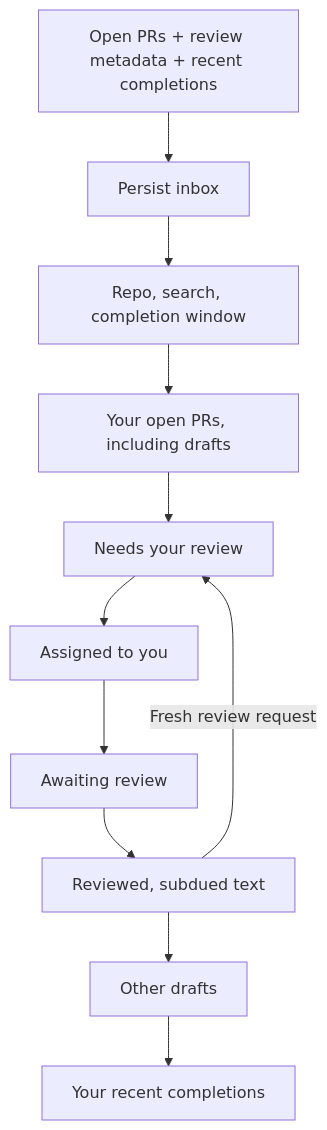
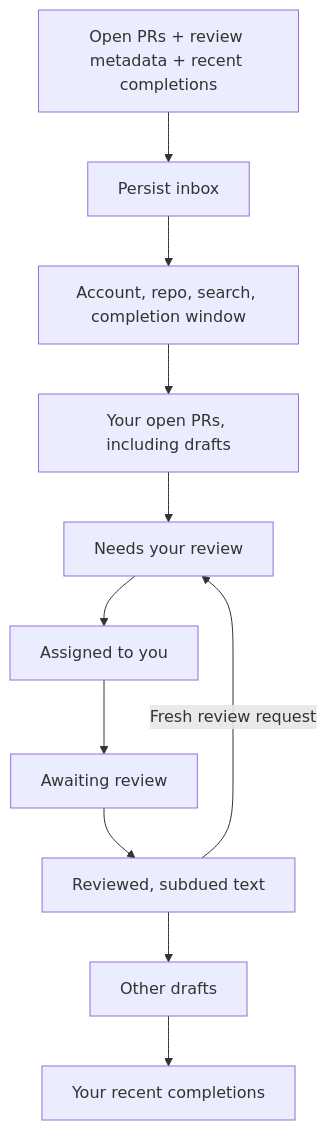
One commit to crs48/diffcity changed the fourth of 5 diagrams in docs/implementation.md. Above: the diagram before and after it, drawn with Mermaid. The commit also changed other lines of this file, not shown here.

First line of the commit message:
docs: record compact account navigation and native verification

````diff
--- a/docs/implementation.md
+++ b/docs/implementation.md
@@ -131,13 +131,13 @@
 ```mermaid
 flowchart TD
   GitHub[Open PRs + review metadata + recent completions] --> Cache[Persist inbox]
-  Cache --> Filter[Repo, search, completion window]
+  Cache --> Filter[Account, repo, search, completion window]
   Filter --> Own[Your open PRs, including drafts]
   Own --> Requested[Needs your review]
   Requested --> Assigned[Assigned to you]
   Assigned --> Awaiting[Awaiting review]
   Awaiting --> Reviewed[Reviewed, subdued text]
   Reviewed --> Drafts[Other drafts]
   Drafts --> Completed[Your recent completions]
   Reviewed -->|Fresh review request| Requested
 ```
````
